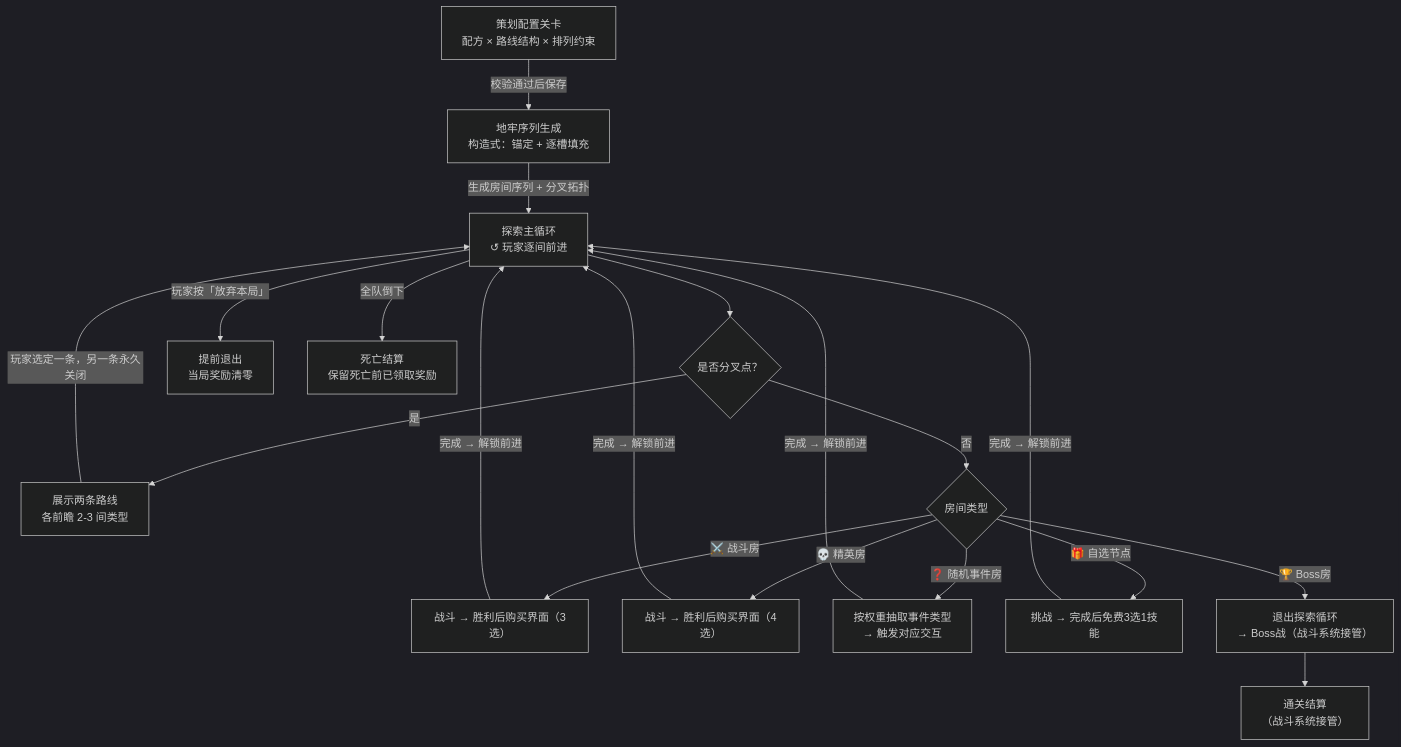
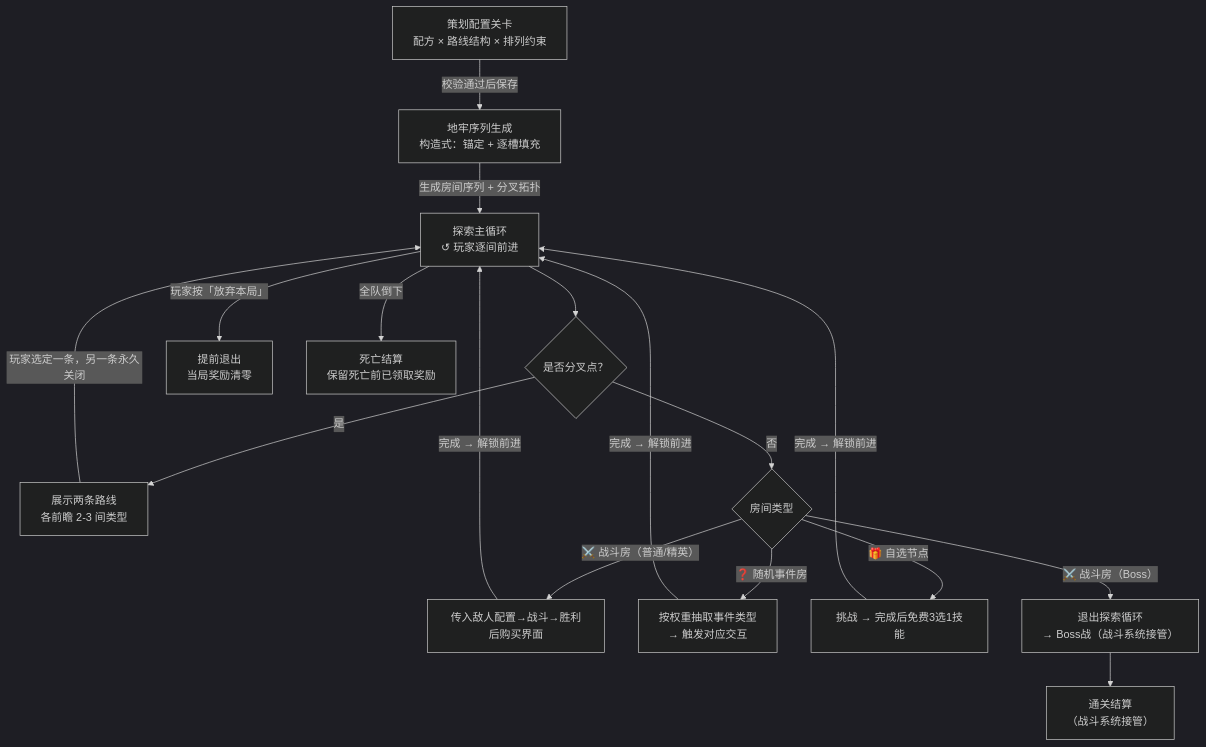
The diagram in workspace/projects/立项/这只怪能养吗/00-立项文档/系统设计/关卡设计.md (jeff931746-creator/Codex), drawn with Mermaid (dark theme) before and after one commit. The commit also changed other lines of this file and 1 other file, not shown here.

````diff
--- a/workspace/projects/立项/这只怪能养吗/00-立项文档/系统设计/关卡设计.md
+++ b/workspace/projects/立项/这只怪能养吗/00-立项文档/系统设计/关卡设计.md
@@ -30,18 +30,17 @@
 ```mermaid
 flowchart TD
     A["策划配置关卡\n配方 × 路线结构 × 排列约束"] -->|"校验通过后保存"| B["地牢序列生成\n构造式：锚定 + 逐槽填充"]
     B -->|"生成房间序列 + 分叉拓扑"| C["探索主循环\n↺ 玩家逐间前进"]
     C --> SEL{"是否分叉点？"}
     SEL -- "是" --> R["展示两条路线\n各前瞻 2-3 间类型"]
     R -->|"玩家选定一条，另一条永久关闭"| C
     SEL -- "否" --> D{"房间类型"}
-    D -- "⚔️ 战斗房" --> E["战斗 → 胜利后购买界面（3选）"]
-    D -- "💀 精英房" --> F["战斗 → 胜利后购买界面（4选）"]
+    D -- "⚔️ 战斗房（普通/精英）" --> E["传入敌人配置→战斗→胜利后购买界面"]
     D -- "❓ 随机事件房" --> G["按权重抽取事件类型\n→ 触发对应交互"]
     D -- "🎁 自选节点" --> H["挑战 → 完成后免费3选1技能"]
-    D -- "🏆 Boss房" --> I["退出探索循环\n→ Boss战（战斗系统接管）"]
-    E & F & G & H -->|"完成 → 解锁前进"| C
+    D -- "⚔️ 战斗房（Boss）" --> I["退出探索循环\n→ Boss战（战斗系统接管）"]
+    E & G & H -->|"完成 → 解锁前进"| C
     C -- "玩家按「放弃本局」" --> J["提前退出\n当局奖励清零"]
     C -- "全队倒下" --> K["死亡结算\n保留死亡前已领取奖励"]
     I --> L["通关结算\n（战斗系统接管）"]
 ```
````
